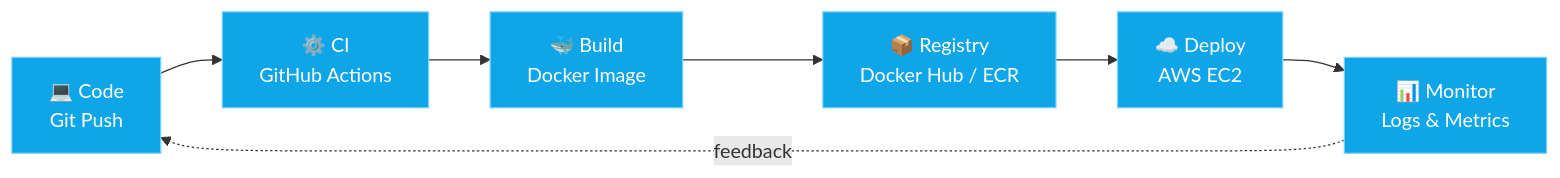
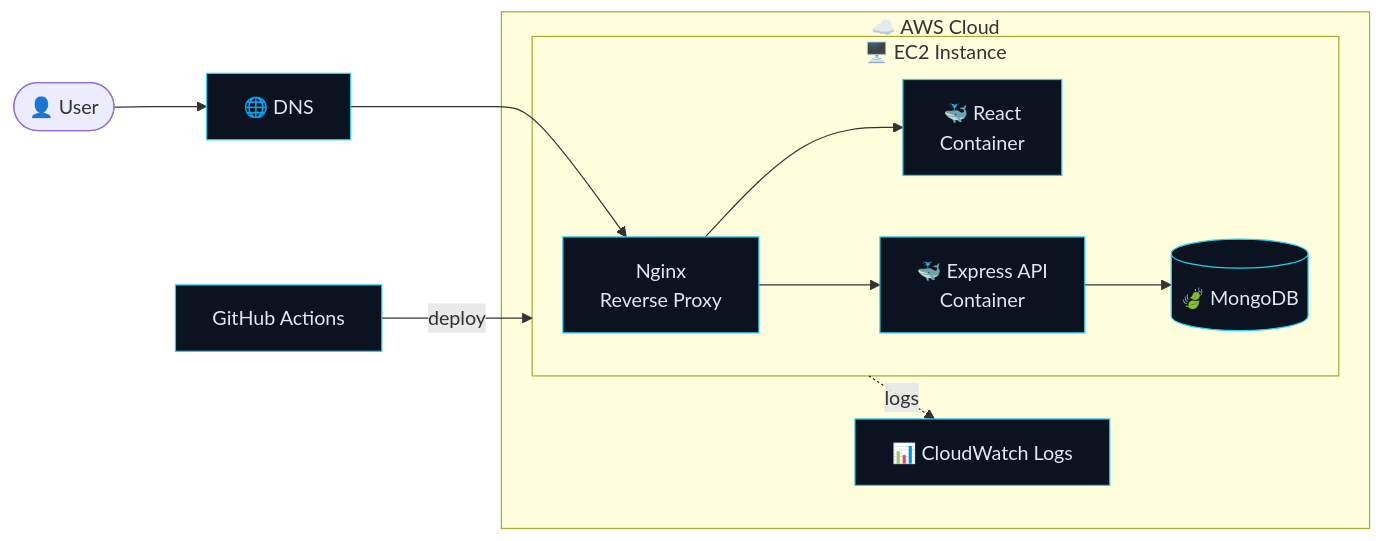
Before and after one commit to anjali972/anjali972: the first of 2 diagrams in README.md, drawn with Mermaid. The commit also changed other lines of this file, not shown here.

````diff
--- a/README.md
+++ b/README.md
@@ -63,16 +151,20 @@
 ```mermaid
 flowchart LR
-    A[💻 Code<br/>Git Push] --> B[⚙️ CI<br/>GitHub Actions]
-    B --> C[🐳 Build<br/>Docker Image]
-    C --> D[📦 Registry<br/>Docker Hub / ECR]
-    D --> E[☁️ Deploy<br/>AWS EC2]
-    E --> F[📊 Monitor<br/>Logs & Metrics]
-    F -.feedback.-> A
+    U([👤 User]) --> DNS[🌐 DNS]
+    DNS --> NG
 
-    style A fill:#0ea5e9,stroke:#7dd3fc,color:#fff
-    style B fill:#0ea5e9,stroke:#7dd3fc,color:#fff
-    style C fill:#0ea5e9,stroke:#7dd3fc,color:#fff
-    style D fill:#0ea5e9,stroke:#7dd3fc,color:#fff
-    style E fill:#0ea5e9,stroke:#7dd3fc,color:#fff
-    style F fill:#0ea5e9,stroke:#7dd3fc,color:#fff
+    subgraph AWS["☁️ AWS Cloud"]
+        subgraph EC2["🖥️ EC2 Instance"]
+            NG[Nginx<br/>Reverse Proxy] --> FE[🐳 React<br/>Container]
+            NG --> BE[🐳 Express API<br/>Container]
+            BE --> DB[(🍃 MongoDB)]
+        end
+        CW[📊 CloudWatch Logs]
+    end
+
+    GH[GitHub Actions] -- deploy --> EC2
+    EC2 -. logs .-> CW
+
+    classDef cloud fill:#0b1220,stroke:#22d3ee,color:#e2e8f0;
+    class NG,FE,BE,DB,CW,GH,DNS cloud;
 ```
````
